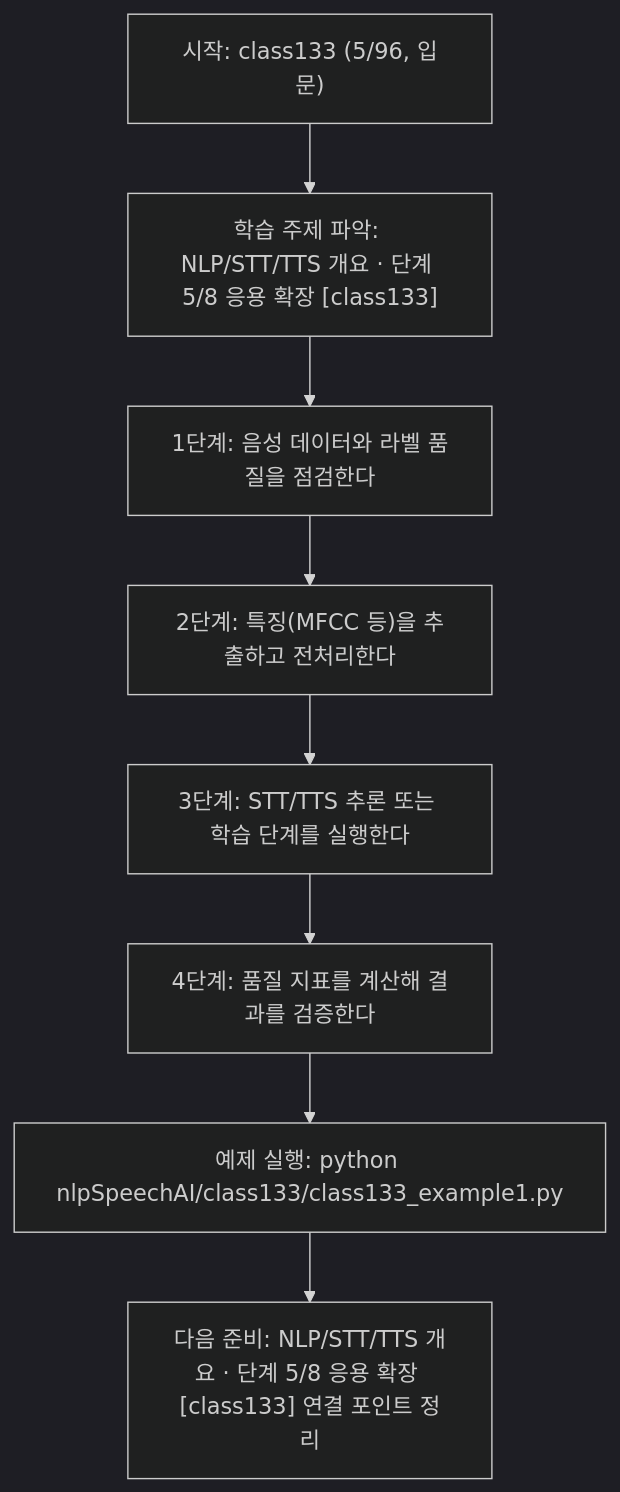
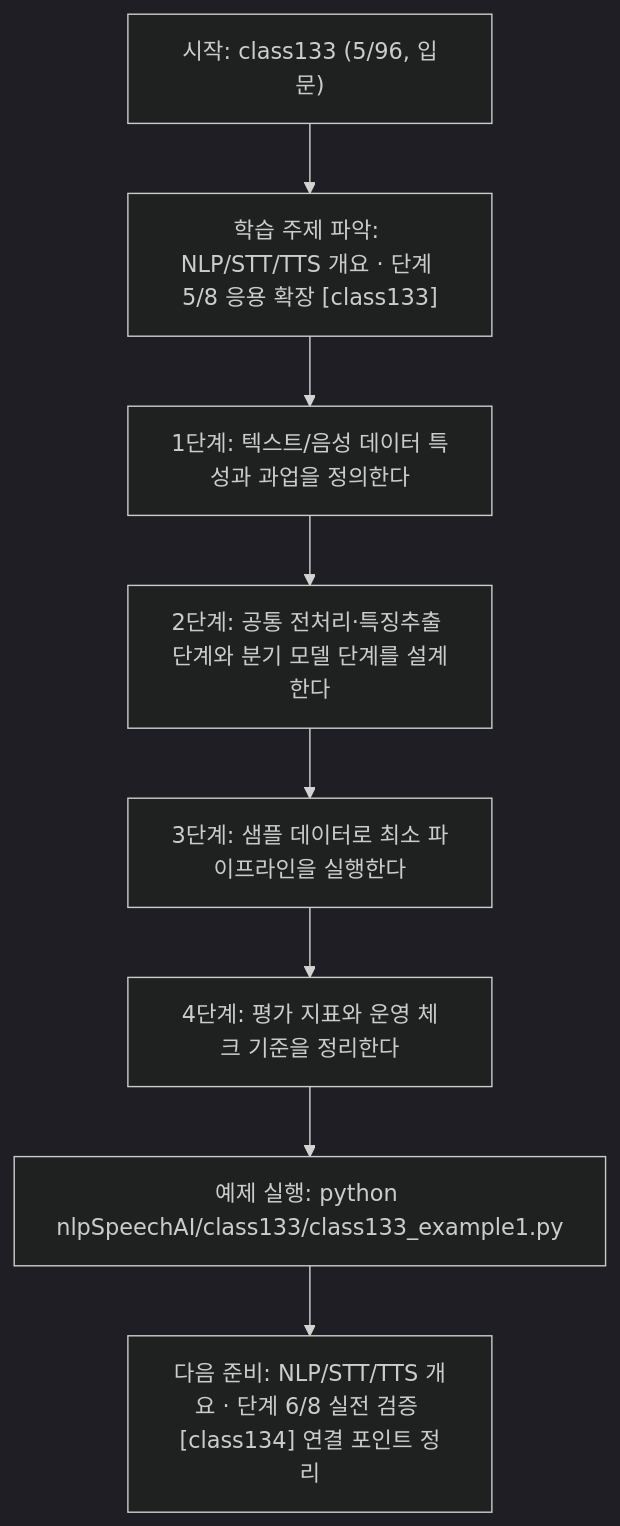
Before and after one commit to edumgt/Python-AI_Agent-Class: the diagram in nlpSpeechAI/class133/class133.md, drawn with Mermaid (dark theme). The commit also changed other lines of this file and 1122 other files, not shown here.

````diff
--- a/nlpSpeechAI/class133/class133.md
+++ b/nlpSpeechAI/class133/class133.md
@@ -115,18 +95,18 @@
 ```mermaid
 flowchart TD
 N1["시작: class133 (5/96, 입문)"]
 N2["학습 주제 파악: NLP/STT/TTS 개요 · 단계 5/8 응용 확장 [class133]"]
-N3["1단계: 음성 데이터와 라벨 품질을 점검한다"]
-N4["2단계: 특징(MFCC 등)을 추출하고 전처리한다"]
-N5["3단계: STT/TTS 추론 또는 학습 단계를 실행한다"]
-N6["4단계: 품질 지표를 계산해 결과를 검증한다"]
+N3["1단계: 텍스트/음성 데이터 특성과 과업을 정의한다"]
+N4["2단계: 공통 전처리·특징추출 단계와 분기 모델 단계를 설계한다"]
+N5["3단계: 샘플 데이터로 최소 파이프라인을 실행한다"]
+N6["4단계: 평가 지표와 운영 체크 기준을 정리한다"]
 N7["예제 실행: python nlpSpeechAI/class133/class133_example1.py"]
-N8["다음 준비: NLP/STT/TTS 개요 · 단계 5/8 응용 확장 [class133] 연결 포인트 정리"]
+N8["다음 준비: NLP/STT/TTS 개요 · 단계 6/8 실전 검증 [class134] 연결 포인트 정리"]
 N1 --> N2
 N2 --> N3
 N3 --> N4
 N4 --> N5
 N5 --> N6
 N6 --> N7
 N7 --> N8
 ```
````
